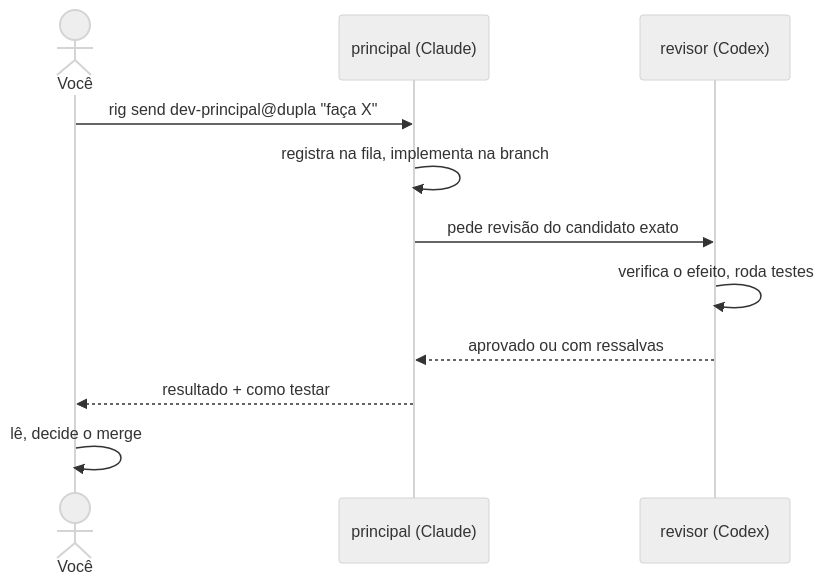
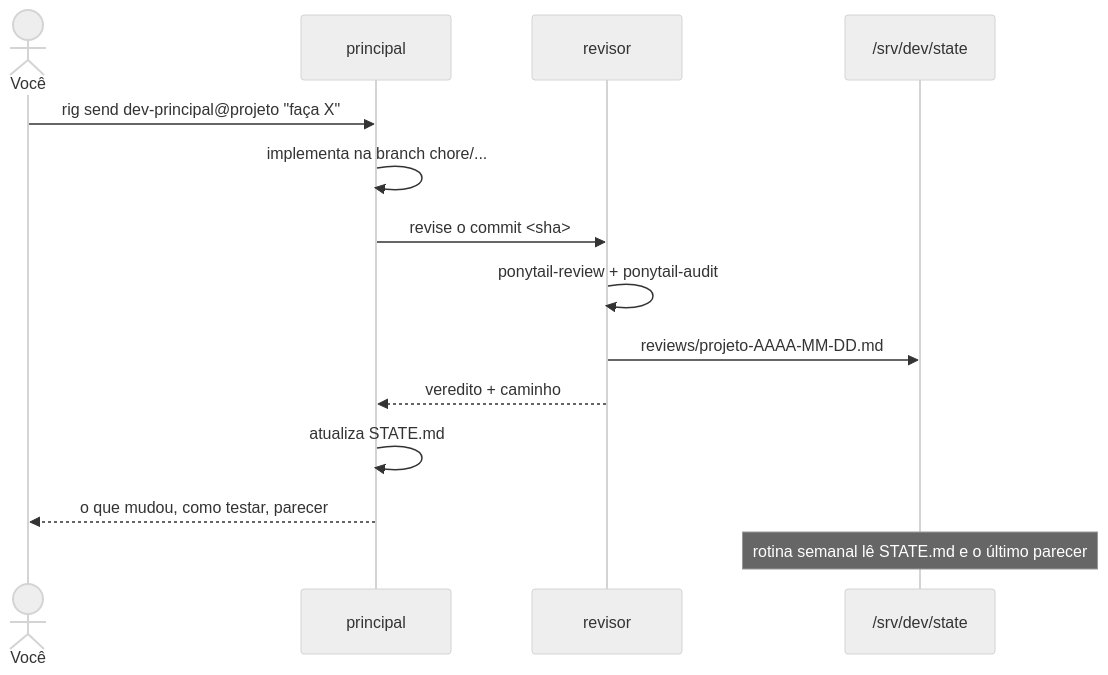
Before and after one commit to resper1965/stack-vps: the second of 3 diagrams in docs/openrig.md, drawn with Mermaid (neutral theme). The commit also changed other lines of this file and 6 other files, not shown here.

````diff
--- a/docs/openrig.md
+++ b/docs/openrig.md
@@ -26,13 +29,16 @@
 ```mermaid
 sequenceDiagram
   actor V as Você
-  participant P as principal (Claude)
-  participant R as revisor (Codex)
-  V->>P: rig send dev-principal@dupla "faça X"
-  P->>P: registra na fila, implementa na branch
-  P->>R: pede revisão do candidato exato
-  R->>R: verifica o efeito, roda testes
-  R-->>P: aprovado ou com ressalvas
-  P-->>V: resultado + como testar
-  V->>V: lê, decide o merge
+  participant P as principal
+  participant R as revisor
+  participant S as /srv/dev/state
+  V->>P: rig send dev-principal@projeto "faça X"
+  P->>P: implementa na branch chore/...
+  P->>R: revise o commit <sha>
+  R->>R: ponytail-review + ponytail-audit
+  R->>S: reviews/projeto-AAAA-MM-DD.md
+  R-->>P: veredito + caminho
+  P->>P: atualiza STATE.md
+  P-->>V: o que mudou, como testar, parecer
+  Note over S: rotina semanal lê STATE.md e o último parecer
 ```
````
